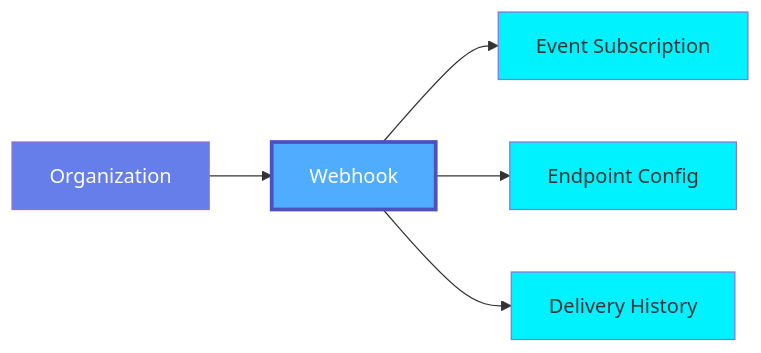
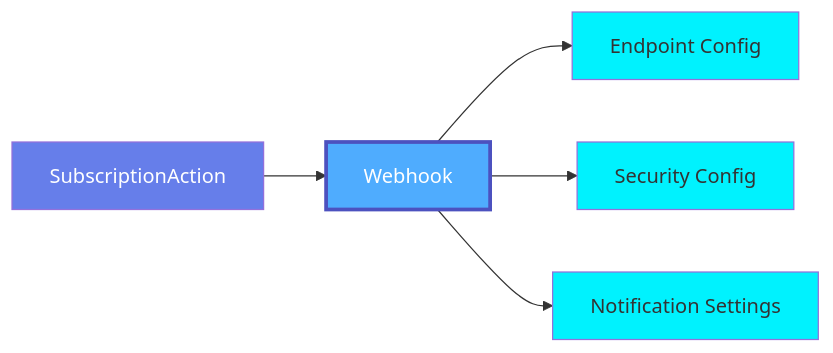
The first of 2 diagrams in docs/operations/webhook.md (open-metadata/OpenMetadataStandards), drawn with Mermaid before and after one commit. The commit also changed other lines of this file and 24 other files, not shown here.

````diff
--- a/docs/operations/webhook.md
+++ b/docs/operations/webhook.md
@@ -27,17 +26,16 @@
 ```mermaid
 graph LR
-    A[Organization] --> B[Webhook]
-    B --> C1[Event Subscription]
-    B --> C2[Endpoint Config]
-    B --> C3[Delivery History]
+    A[SubscriptionAction] --> B[Webhook]
+    B --> C1[Endpoint Config]
+    B --> C2[Security Config]
+    B --> C3[Notification Settings]
 
     style A fill:#667eea,color:#fff
     style B fill:#4facfe,color:#fff,stroke:#4c51bf,stroke-width:3px
     style C1 fill:#00f2fe,color:#333
     style C2 fill:#00f2fe,color:#333
     style C3 fill:#00f2fe,color:#333
 
-    click A "#organization" "Organization"
-    click B "#webhook" "Webhook"
-    click C1 "#event-subscription" "Event Subscription"
+    click A "#subscriptionaction" "SubscriptionAction Interface"
+    click B "#webhook" "Webhook Configuration"
 ```
````
